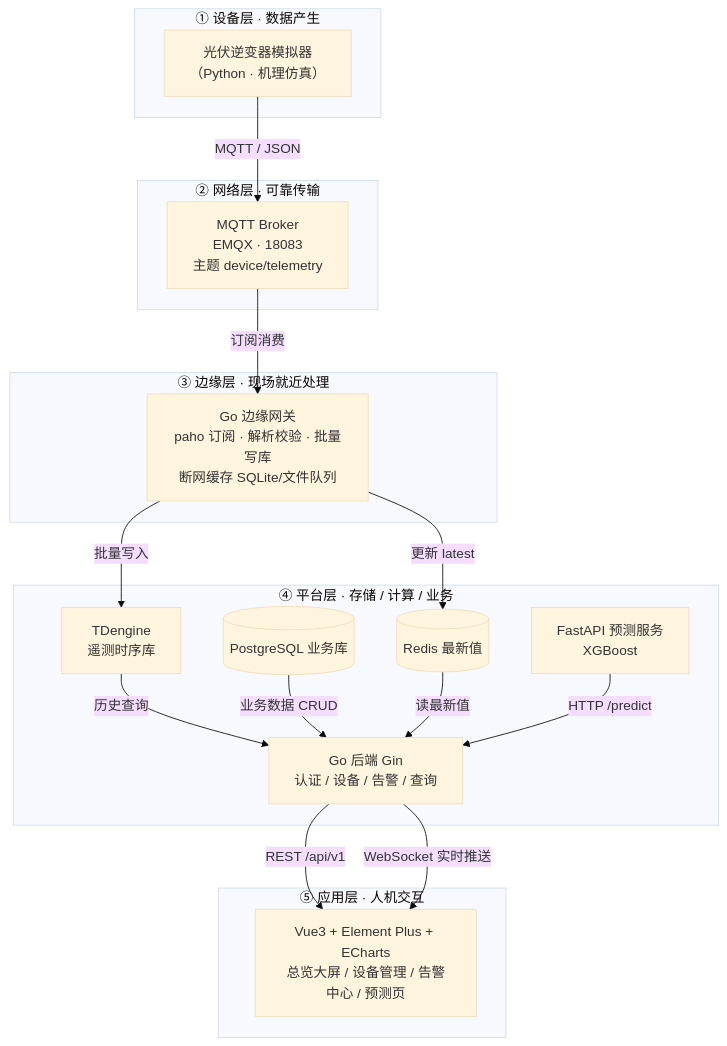
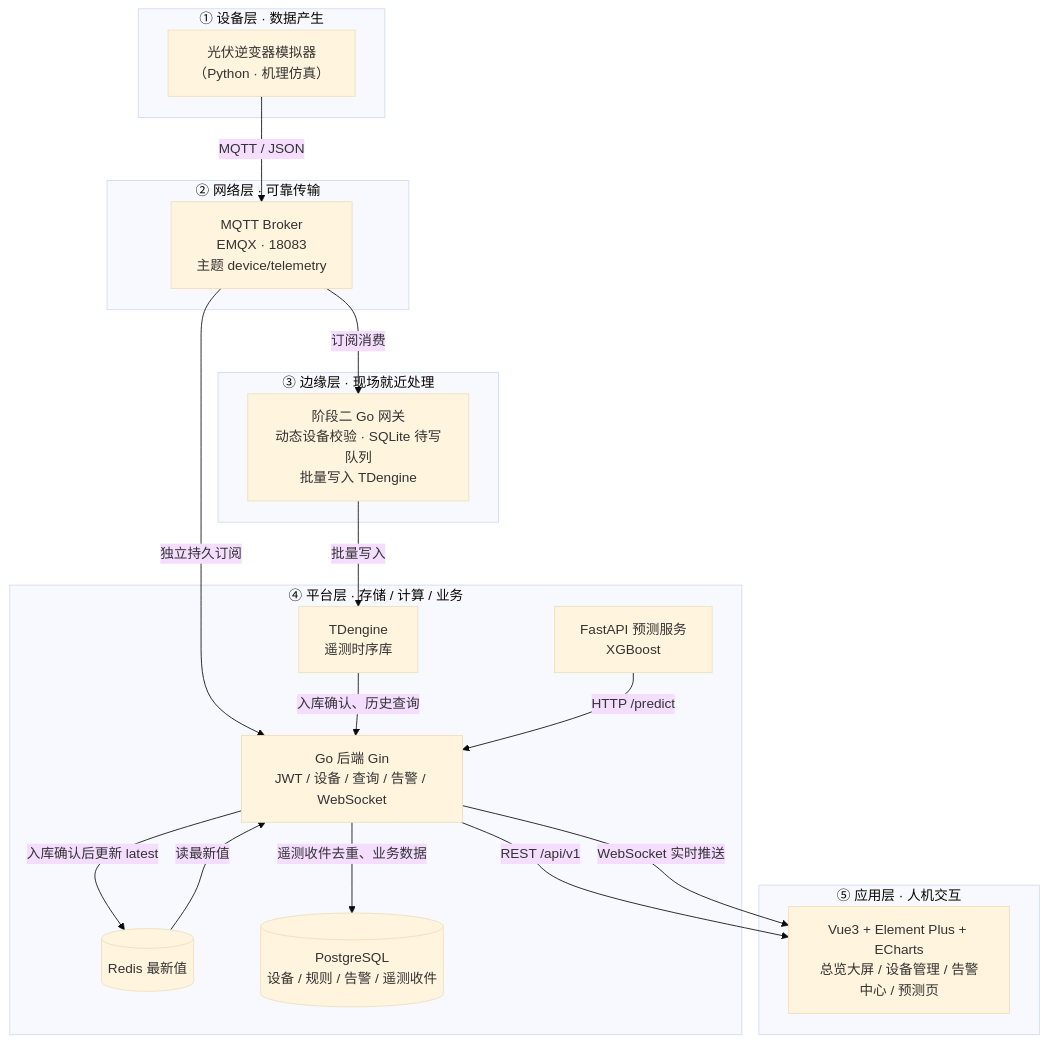
One commit to Cyan-carp/PowerSystem changed the diagram in 架构设计/01-系统架构图.md. Above: the diagram before and after it, drawn with Mermaid (base theme). The commit also changed other lines of this file and 46 other files, not shown here.

````diff
--- a/架构设计/01-系统架构图.md
+++ b/架构设计/01-系统架构图.md
@@ -30,37 +30,38 @@
 ```mermaid
 flowchart TB
     subgraph L1["① 设备层 · 数据产生"]
         SIM["光伏逆变器模拟器<br/>（Python · 机理仿真）"]
     end
 
     subgraph L2["② 网络层 · 可靠传输"]
         MQTT["MQTT Broker<br/>EMQX · 18083<br/>主题 device/telemetry"]
     end
 
     subgraph L3["③ 边缘层 · 现场就近处理"]
-        GW["Go 边缘网关<br/>paho 订阅 · 解析校验 · 批量写库<br/>断网缓存 SQLite/文件队列"]
+        GW["阶段二 Go 网关<br/>动态设备校验 · SQLite 待写队列<br/>批量写入 TDengine"]
     end
 
     subgraph L4["④ 平台层 · 存储 / 计算 / 业务"]
         TD["TDengine<br/>遥测时序库"]
         RED[("Redis 最新值")]
-        PG[("PostgreSQL 业务库")]
-        BACK["Go 后端 Gin<br/>认证 / 设备 / 告警 / 查询"]
+        PG[("PostgreSQL<br/>设备 / 规则 / 告警 / 遥测收件")]
+        BACK["Go 后端 Gin<br/>JWT / 设备 / 查询 / 告警 / WebSocket"]
         AI["FastAPI 预测服务<br/>XGBoost"]
     end
 
     subgraph L5["⑤ 应用层 · 人机交互"]
         WEB["Vue3 + Element Plus + ECharts<br/>总览大屏 / 设备管理 / 告警中心 / 预测页"]
     end
 
     SIM -->|"MQTT / JSON"| MQTT
     MQTT -->|"订阅消费"| GW
     GW -->|"批量写入"| TD
-    GW -->|"更新 latest"| RED
-    TD -->|"历史查询"| BACK
-    PG -->|"业务数据 CRUD"| BACK
+    MQTT -->|"独立持久订阅"| BACK
+    BACK -->|"遥测收件去重、业务数据"| PG
+    TD -->|"入库确认、历史查询"| BACK
+    BACK -->|"入库确认后更新 latest"| RED
     RED -->|"读最新值"| BACK
     AI -->|"HTTP /predict"| BACK
     BACK -->|"REST /api/v1"| WEB
     BACK -->|"WebSocket 实时推送"| WEB
 ```
````
